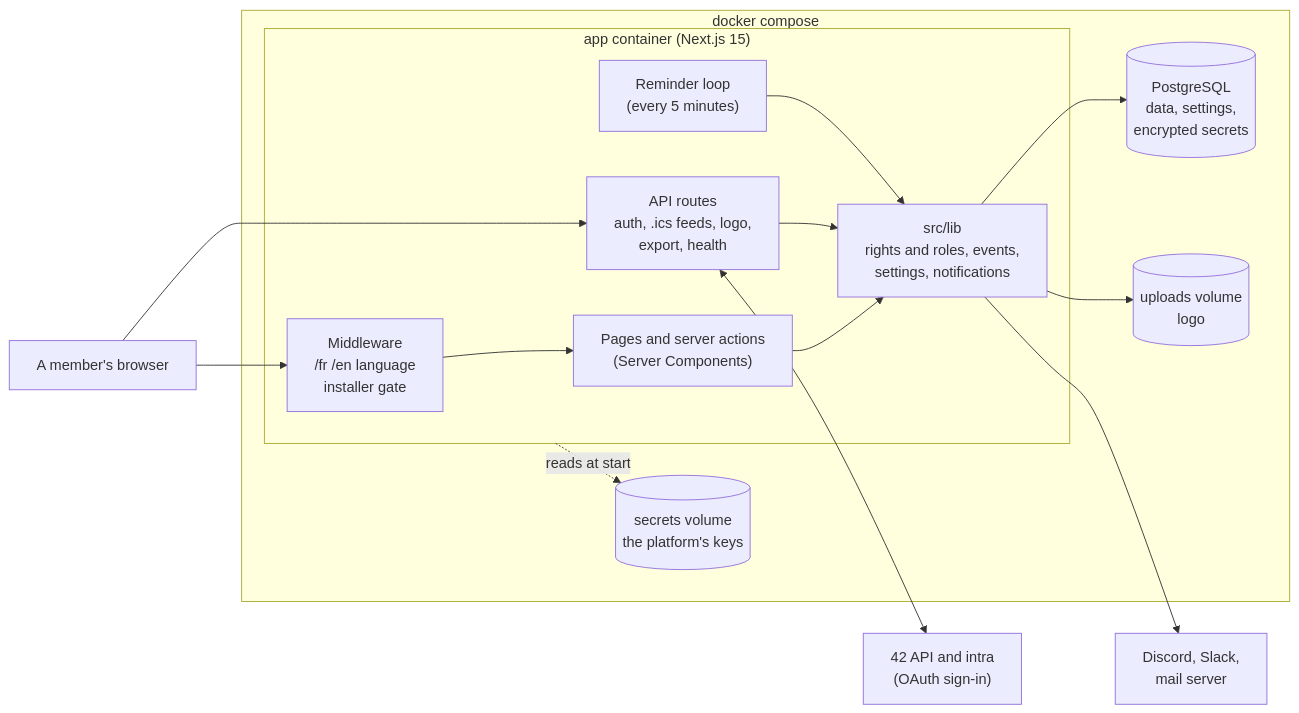
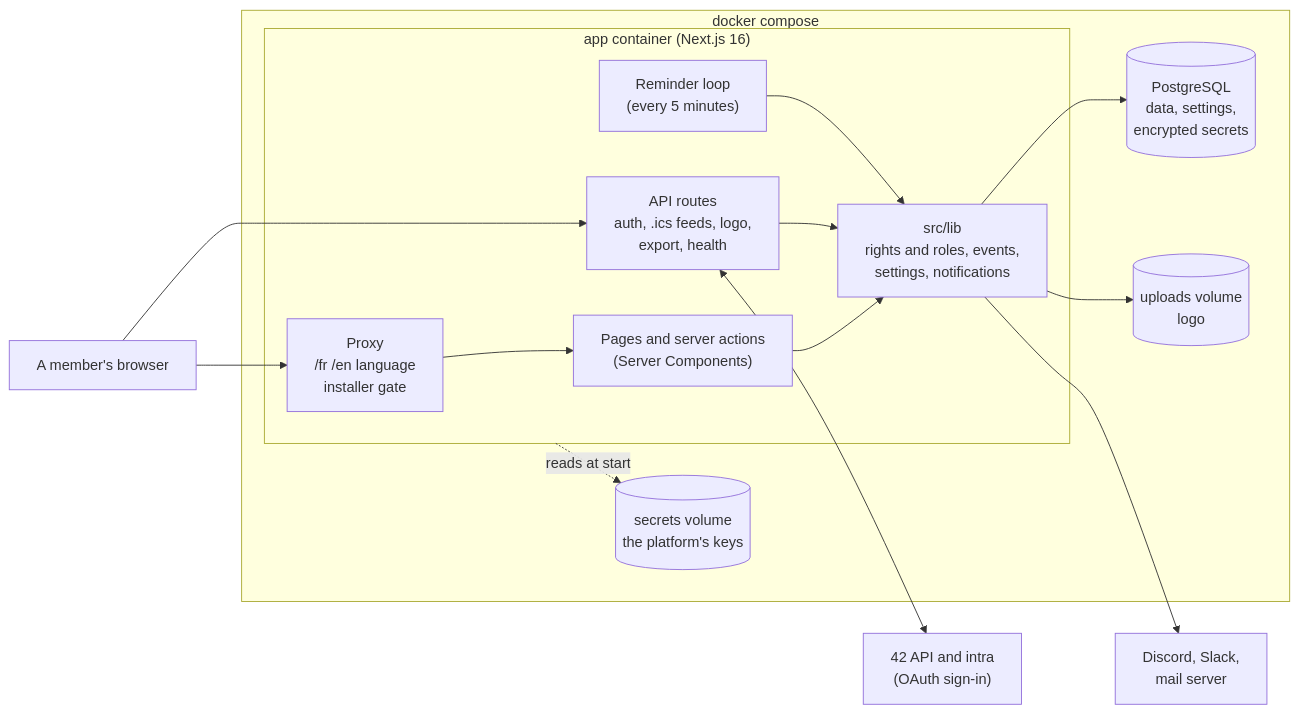
One commit to edouardbautz/BDE_Network changed the first of 2 diagrams in docs/en/contributing.md. Above: the diagram before and after it, drawn with Mermaid. The commit also changed 28 other files, not shown here.

````diff
--- a/docs/en/contributing.md
+++ b/docs/en/contributing.md
@@ -18,31 +18,31 @@
 ```mermaid
 flowchart LR
   browser["A member's browser"]
 
   subgraph docker["docker compose"]
-    subgraph app["app container (Next.js 15)"]
-      middleware["Middleware<br/>/fr /en language<br/>installer gate"]
+    subgraph app["app container (Next.js 16)"]
+      middleware["Proxy<br/>/fr /en language<br/>installer gate"]
       pages["Pages and server actions<br/>(Server Components)"]
       api["API routes<br/>auth, .ics feeds, logo,<br/>export, health"]
       lib["src/lib<br/>rights and roles, events,<br/>settings, notifications"]
       scheduler["Reminder loop<br/>(every 5 minutes)"]
     end
     db[("PostgreSQL<br/>data, settings,<br/>encrypted secrets")]
     secrets[("secrets volume<br/>the platform's keys")]
     uploads[("uploads volume<br/>logo")]
   end
 
   fortytwo["42 API and intra<br/>(OAuth sign-in)"]
   channels["Discord, Slack,<br/>mail server"]
 
   browser --> middleware --> pages
   browser --> api
   pages --> lib
   api --> lib
   scheduler --> lib
   lib --> db
   lib --> uploads
   app -. reads at start .-> secrets
   api <--> fortytwo
   lib --> channels
 ```
````
